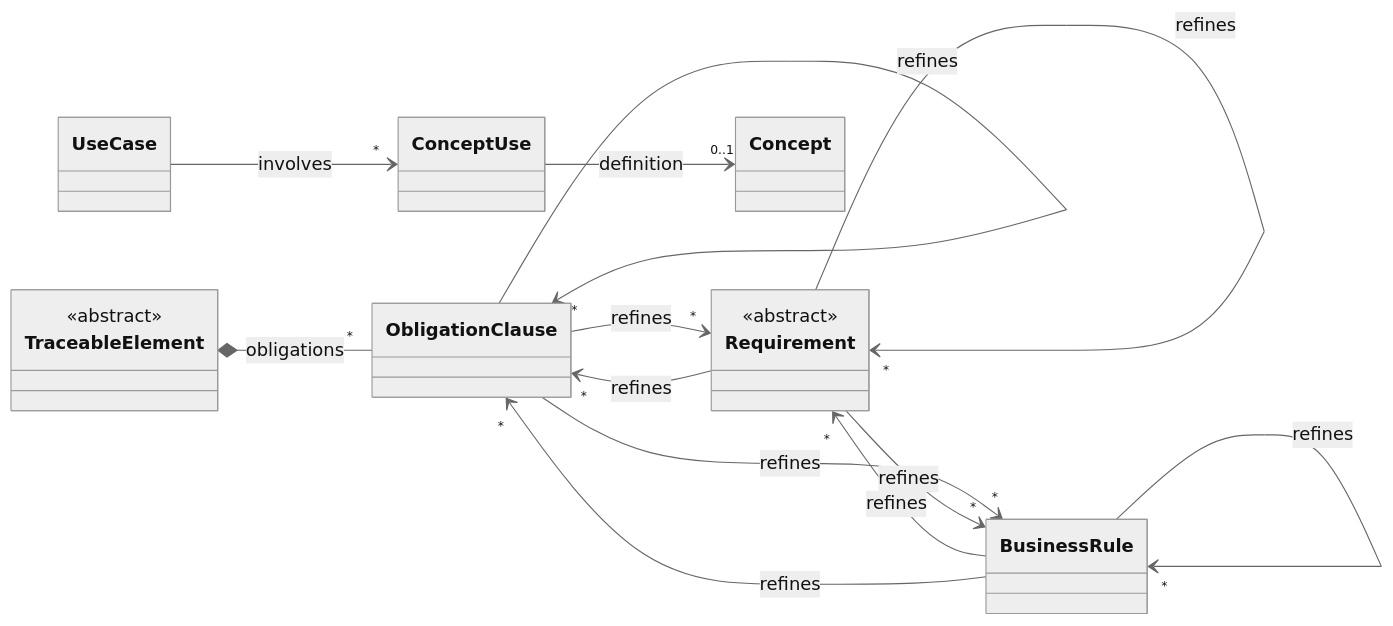
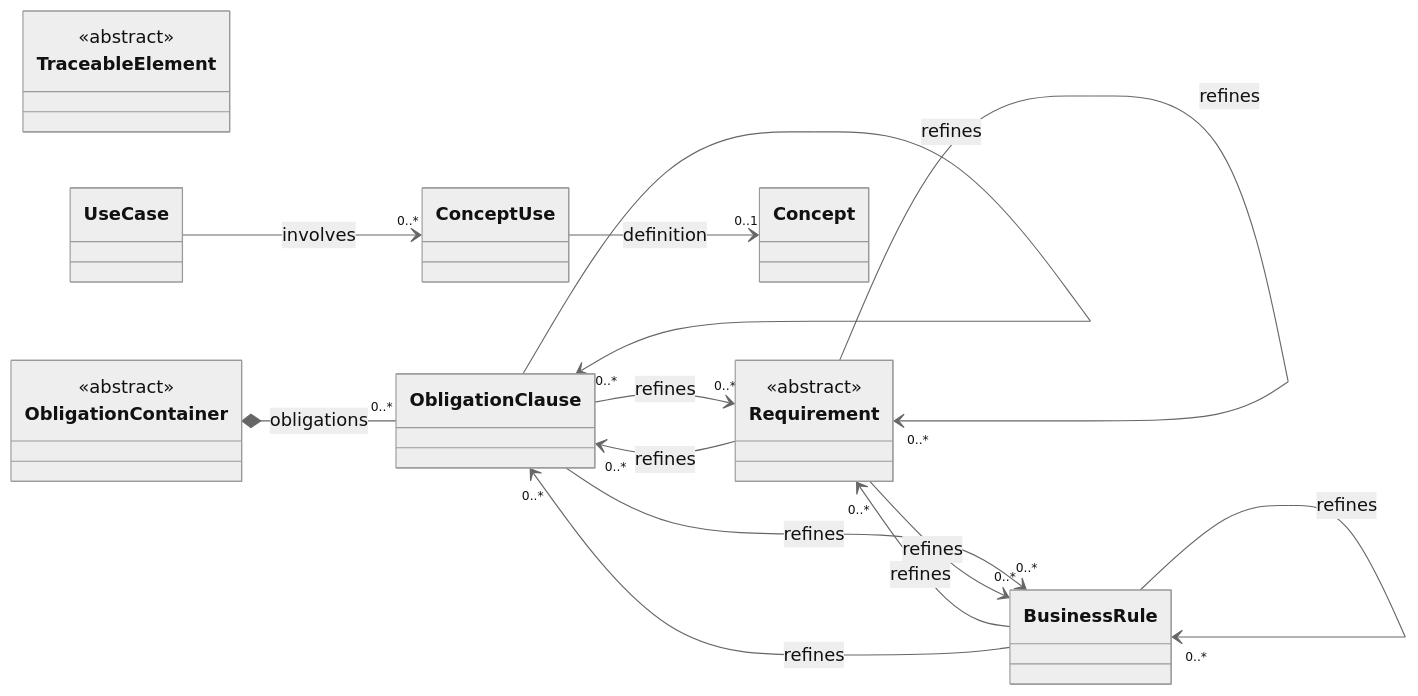
The tenth of 11 diagrams in docs/reference/model/core.md (craigsmitham/dotspec), drawn with Mermaid (neutral theme) before and after one commit. The commit also changed other lines of this file and 110 other files, not shown here.

````diff
--- a/docs/reference/model/core.md
+++ b/docs/reference/model/core.md
@@ -221,25 +230,27 @@
 ```mermaid
 classDiagram
     direction LR
     class TraceableElement
     <<abstract>> TraceableElement
     class ObligationClause
     class Requirement
     <<abstract>> Requirement
     class BusinessRule
     class UseCase
     class ConceptUse
     class Concept
-    TraceableElement *-- "*" ObligationClause : obligations
-    ObligationClause --> "*" Requirement : refines
-    ObligationClause --> "*" BusinessRule : refines
-    ObligationClause --> "*" ObligationClause : refines
-    Requirement --> "*" Requirement : refines
-    Requirement --> "*" BusinessRule : refines
-    Requirement --> "*" ObligationClause : refines
-    BusinessRule --> "*" Requirement : refines
-    BusinessRule --> "*" BusinessRule : refines
-    BusinessRule --> "*" ObligationClause : refines
-    UseCase --> "*" ConceptUse : involves
+    class ObligationContainer
+    <<abstract>> ObligationContainer
+    ObligationContainer *-- "0..*" ObligationClause : obligations
+    ObligationClause --> "0..*" Requirement : refines
+    ObligationClause --> "0..*" BusinessRule : refines
+    ObligationClause --> "0..*" ObligationClause : refines
+    Requirement --> "0..*" Requirement : refines
+    Requirement --> "0..*" BusinessRule : refines
+    Requirement --> "0..*" ObligationClause : refines
+    BusinessRule --> "0..*" Requirement : refines
+    BusinessRule --> "0..*" BusinessRule : refines
+    BusinessRule --> "0..*" ObligationClause : refines
+    UseCase --> "0..*" ConceptUse : involves
     ConceptUse --> "0..1" Concept : definition
 ```
````
